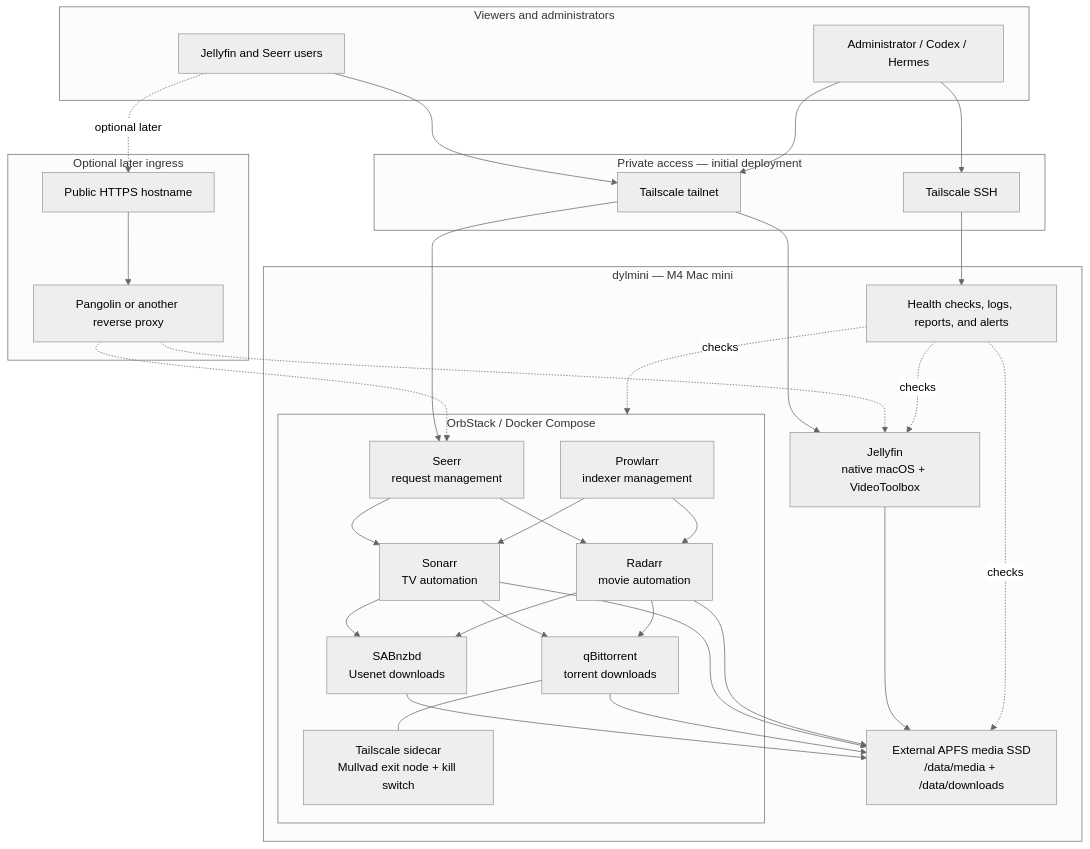
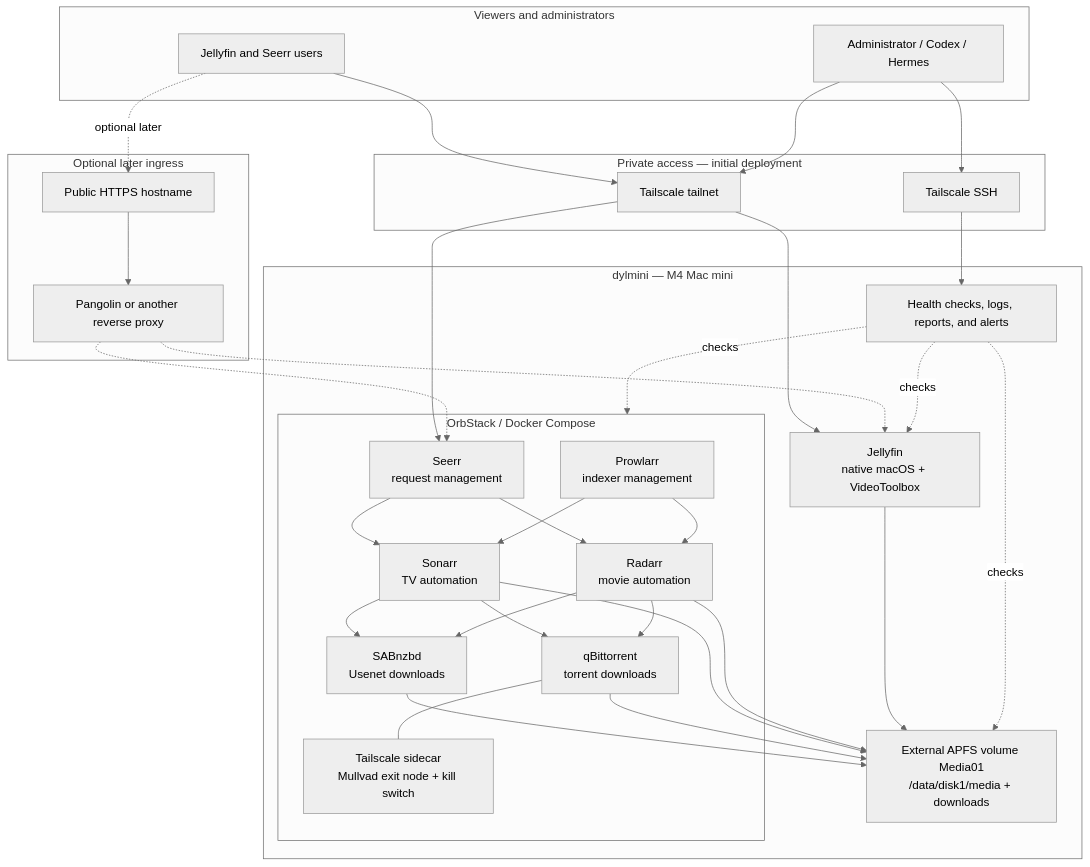
The diagram in docs/media-server-architecture.md (dy-ma/homelab), drawn with Mermaid (neutral theme) before and after one commit. The commit also changed other lines of this file, not shown here.

Commit message:
document multi-volume media storage

````diff
--- a/docs/media-server-architecture.md
+++ b/docs/media-server-architecture.md
@@ -43,64 +43,64 @@
 ```mermaid
 flowchart TB
     subgraph clients["Viewers and administrators"]
         viewer["Jellyfin and Seerr users"]
         admin["Administrator / Codex / Hermes"]
     end
 
     subgraph access["Private access — initial deployment"]
         ts["Tailscale tailnet"]
         tssh["Tailscale SSH"]
     end
 
     subgraph future["Optional later ingress"]
         public["Public HTTPS hostname"]
         proxy["Pangolin or another reverse proxy"]
     end
 
     subgraph dylmini["dylmini — M4 Mac mini"]
         jellyfin["Jellyfin\nnative macOS + VideoToolbox"]
 
         subgraph orb["OrbStack / Docker Compose"]
             seerr["Seerr\nrequest management"]
             sonarr["Sonarr\nTV automation"]
             radarr["Radarr\nmovie automation"]
             prowlarr["Prowlarr\nindexer management"]
             sab["SABnzbd\nUsenet downloads"]
             qbit["qBittorrent\ntorrent downloads"]
             qvpn["Tailscale sidecar\nMullvad exit node + kill switch"]
         end
 
         agent["Health checks, logs, reports, and alerts"]
-        storage["External APFS media SSD\n/data/media + /data/downloads"]
+        storage["External APFS volume Media01\n/data/disk1/media + downloads"]
     end
 
     viewer --> ts
     admin --> ts
     ts --> jellyfin
     ts --> seerr
     admin --> tssh --> agent
 
     viewer -. "optional later" .-> public --> proxy
     proxy -.-> jellyfin
     proxy -.-> seerr
 
     seerr --> sonarr
     seerr --> radarr
     prowlarr --> sonarr
     prowlarr --> radarr
     sonarr --> sab
     radarr --> sab
     sonarr --> qbit
     radarr --> qbit
     qbit --- qvpn
 
     sab --> storage
     qbit --> storage
     sonarr --> storage
     radarr --> storage
     jellyfin --> storage
 
     agent -. "checks" .-> jellyfin
     agent -. "checks" .-> orb
     agent -. "checks" .-> storage
 ```
````
